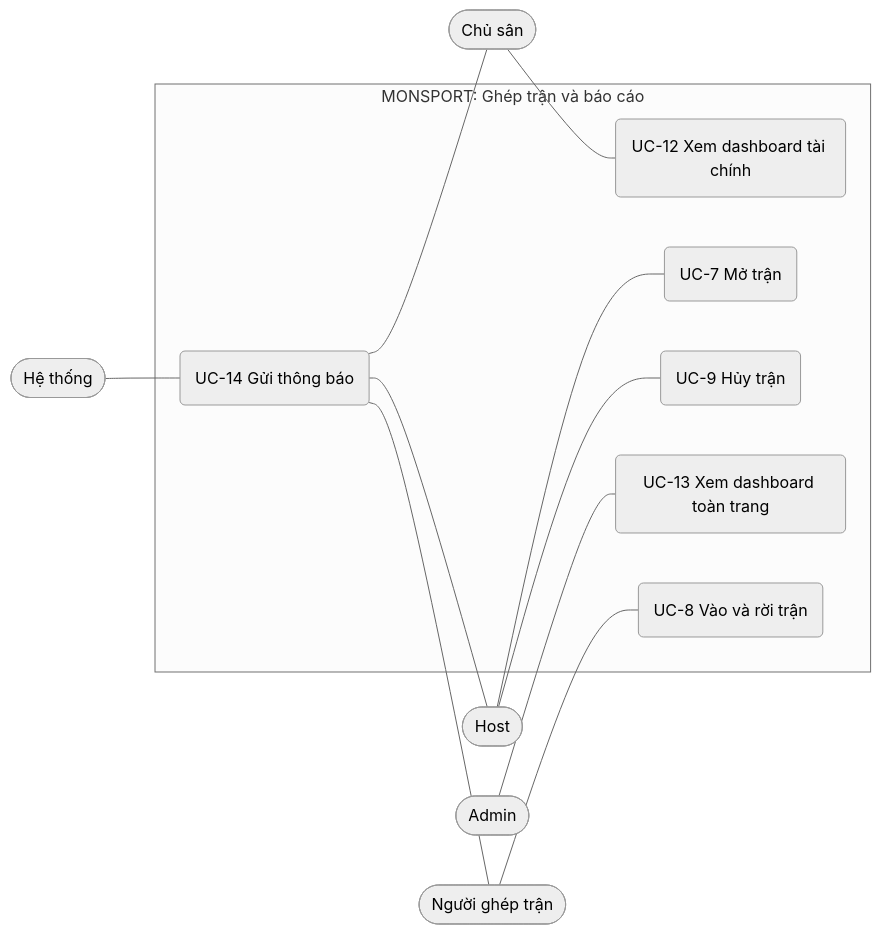
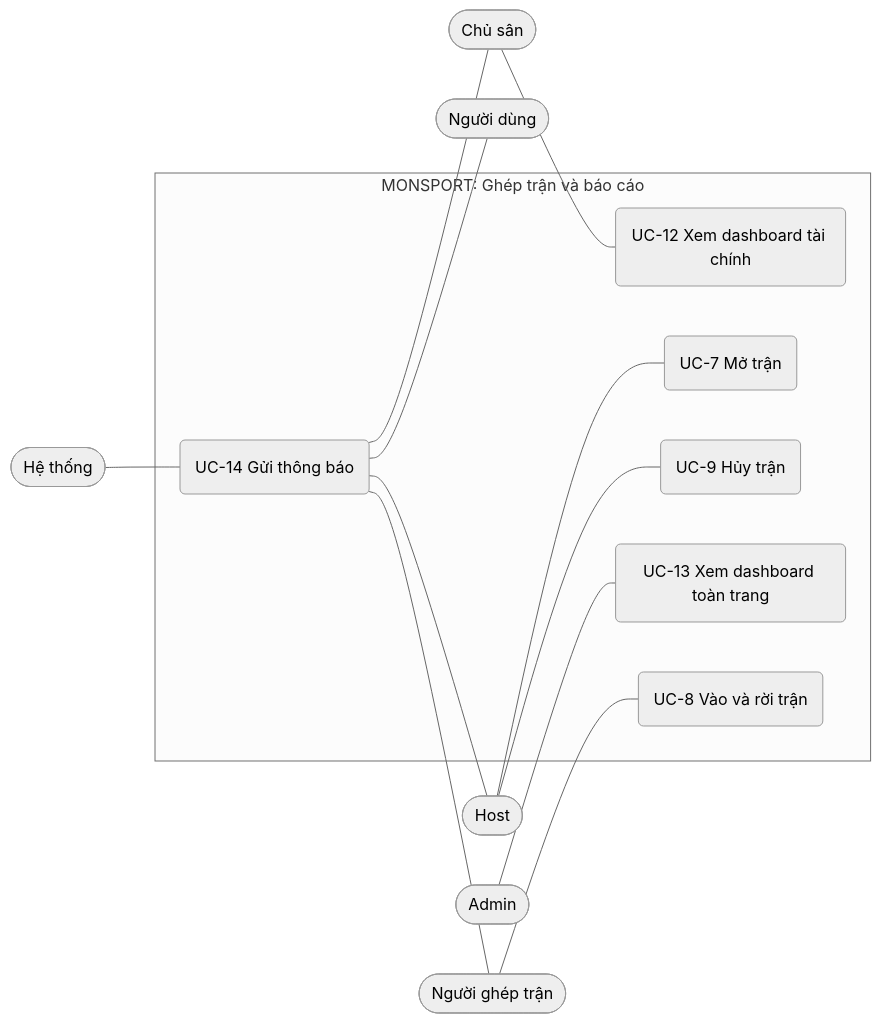
One commit to Tlerd/MON-Sport changed the third of 9 diagrams in docs/requirements/models.md. Above: the diagram before and after it, drawn with Mermaid (neutral theme). The commit also changed other lines of this file and 1 other file, not shown here.

````diff
--- a/docs/requirements/models.md
+++ b/docs/requirements/models.md
@@ -76,25 +76,27 @@
 ```mermaid
 flowchart LR
+    NguoiDung([Người dùng])
     Host([Host])
     NguoiGhep([Người ghép trận])
     ChuSan([Chủ sân])
     Admin([Admin])
     HeThong([Hệ thống])
     subgraph MS2[MONSPORT: Ghép trận và báo cáo]
         UC7(UC-7 Mở trận)
         UC8(UC-8 Vào và rời trận)
         UC9(UC-9 Hủy trận)
         UC12(UC-12 Xem dashboard tài chính)
         UC13(UC-13 Xem dashboard toàn trang)
         UC14(UC-14 Gửi thông báo)
     end
     Host --- UC7
     Host --- UC9
     NguoiGhep --- UC8
     ChuSan --- UC12
     Admin --- UC13
     HeThong --- UC14
     UC14 --- ChuSan
+    UC14 --- NguoiDung
     UC14 --- Host
     UC14 --- NguoiGhep
 ```
````
